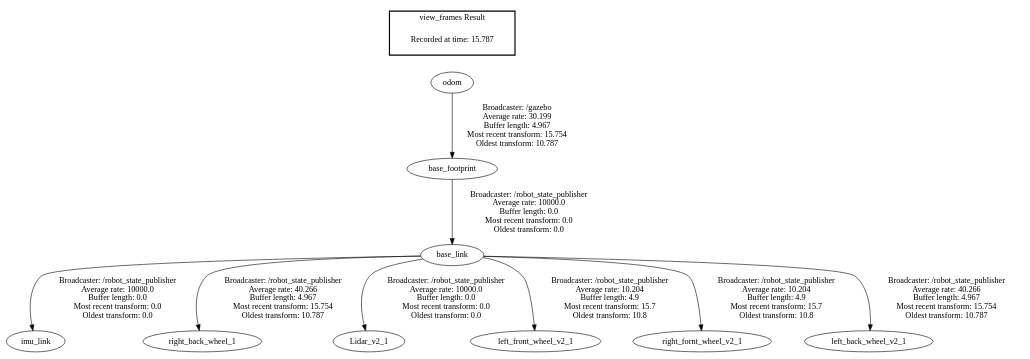
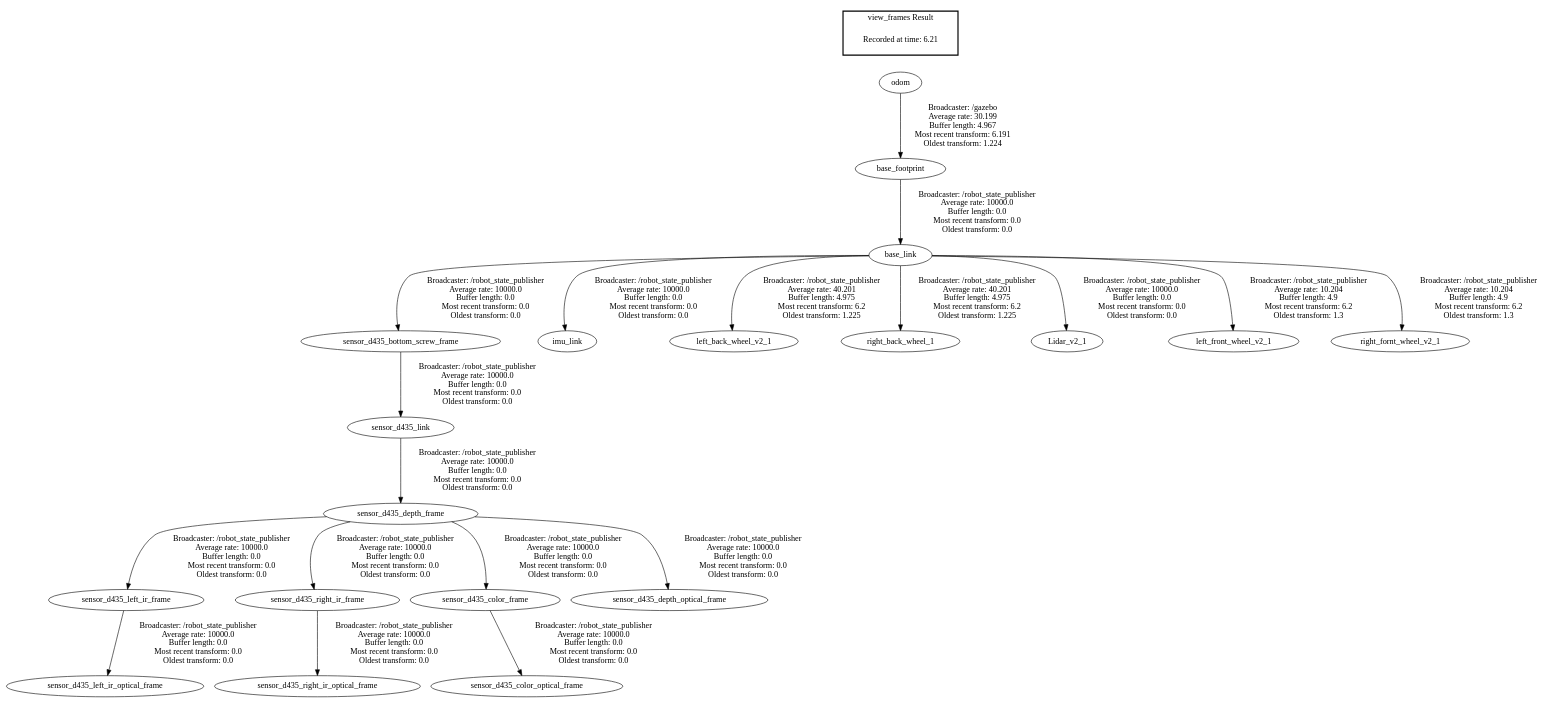
The diagram in non_ws/frames.gv (earthtennison/robocup-navigation), drawn with Graphviz before and after one commit. The commit also changed 18 other files, not shown here.

```diff
--- a/non_ws/frames.gv
+++ b/non_ws/frames.gv
@@ -1,14 +1,24 @@
 digraph G {
+"sensor_d435_bottom_screw_frame" -> "sensor_d435_link"[label=" Broadcaster: /robot_state_publisher\nAverage rate: 10000.0\nBuffer length: 0.0\nMost recent transform: 0.0\nOldest transform: 0.0\n"];
+"sensor_d435_left_ir_frame" -> "sensor_d435_left_ir_optical_frame"[label=" Broadcaster: /robot_state_publisher\nAverage rate: 10000.0\nBuffer length: 0.0\nMost recent transform: 0.0\nOldest transform: 0.0\n"];
+"sensor_d435_depth_frame" -> "sensor_d435_right_ir_frame"[label=" Broadcaster: /robot_state_publisher\nAverage rate: 10000.0\nBuffer length: 0.0\nMost recent transform: 0.0\nOldest transform: 0.0\n"];
 "base_link" -> "imu_link"[label=" Broadcaster: /robot_state_publisher\nAverage rate: 10000.0\nBuffer length: 0.0\nMost recent transform: 0.0\nOldest transform: 0.0\n"];
+"sensor_d435_color_frame" -> "sensor_d435_color_optical_frame"[label=" Broadcaster: /robot_state_publisher\nAverage rate: 10000.0\nBuffer length: 0.0\nMost recent transform: 0.0\nOldest transform: 0.0\n"];
+"sensor_d435_right_ir_frame" -> "sensor_d435_right_ir_optical_frame"[label=" Broadcaster: /robot_state_publisher\nAverage rate: 10000.0\nBuffer length: 0.0\nMost recent transform: 0.0\nOldest transform: 0.0\n"];
+"base_link" -> "sensor_d435_bottom_screw_frame"[label=" Broadcaster: /robot_state_publisher\nAverage rate: 10000.0\nBuffer length: 0.0\nMost recent transform: 0.0\nOldest transform: 0.0\n"];
+"base_link" -> "left_back_wheel_v2_1"[label=" Broadcaster: /robot_state_publisher\nAverage rate: 40.201\nBuffer length: 4.975\nMost recent transform: 6.2\nOldest transform: 1.225\n"];
+"sensor_d435_depth_frame" -> "sensor_d435_depth_optical_frame"[label=" Broadcaster: /robot_state_publisher\nAverage rate: 10000.0\nBuffer length: 0.0\nMost recent transform: 0.0\nOldest transform: 0.0\n"];
+"sensor_d435_depth_frame" -> "sensor_d435_color_frame"[label=" Broadcaster: /robot_state_publisher\nAverage rate: 10000.0\nBuffer length: 0.0\nMost recent transform: 0.0\nOldest transform: 0.0\n"];
+"sensor_d435_link" -> "sensor_d435_depth_frame"[label=" Broadcaster: /robot_state_publisher\nAverage rate: 10000.0\nBuffer length: 0.0\nMost recent transform: 0.0\nOldest transform: 0.0\n"];
 "base_footprint" -> "base_link"[label=" Broadcaster: /robot_state_publisher\nAverage rate: 10000.0\nBuffer length: 0.0\nMost recent transform: 0.0\nOldest transform: 0.0\n"];
-"base_link" -> "right_back_wheel_1"[label=" Broadcaster: /robot_state_publisher\nAverage rate: 40.266\nBuffer length: 4.967\nMost recent transform: 15.754\nOldest transform: 10.787\n"];
+"sensor_d435_depth_frame" -> "sensor_d435_left_ir_frame"[label=" Broadcaster: /robot_state_publisher\nAverage rate: 10000.0\nBuffer length: 0.0\nMost recent transform: 0.0\nOldest transform: 0.0\n"];
+"base_link" -> "right_back_wheel_1"[label=" Broadcaster: /robot_state_publisher\nAverage rate: 40.201\nBuffer length: 4.975\nMost recent transform: 6.2\nOldest transform: 1.225\n"];
 "base_link" -> "Lidar_v2_1"[label=" Broadcaster: /robot_state_publisher\nAverage rate: 10000.0\nBuffer length: 0.0\nMost recent transform: 0.0\nOldest transform: 0.0\n"];
-"base_link" -> "left_front_wheel_v2_1"[label=" Broadcaster: /robot_state_publisher\nAverage rate: 10.204\nBuffer length: 4.9\nMost recent transform: 15.7\nOldest transform: 10.8\n"];
-"base_link" -> "right_fornt_wheel_v2_1"[label=" Broadcaster: /robot_state_publisher\nAverage rate: 10.204\nBuffer length: 4.9\nMost recent transform: 15.7\nOldest transform: 10.8\n"];
-"odom" -> "base_footprint"[label=" Broadcaster: /gazebo\nAverage rate: 30.199\nBuffer length: 4.967\nMost recent transform: 15.754\nOldest transform: 10.787\n"];
-"base_link" -> "left_back_wheel_v2_1"[label=" Broadcaster: /robot_state_publisher\nAverage rate: 40.266\nBuffer length: 4.967\nMost recent transform: 15.754\nOldest transform: 10.787\n"];
+"base_link" -> "left_front_wheel_v2_1"[label=" Broadcaster: /robot_state_publisher\nAverage rate: 10.204\nBuffer length: 4.9\nMost recent transform: 6.2\nOldest transform: 1.3\n"];
+"base_link" -> "right_fornt_wheel_v2_1"[label=" Broadcaster: /robot_state_publisher\nAverage rate: 10.204\nBuffer length: 4.9\nMost recent transform: 6.2\nOldest transform: 1.3\n"];
+"odom" -> "base_footprint"[label=" Broadcaster: /gazebo\nAverage rate: 30.199\nBuffer length: 4.967\nMost recent transform: 6.191\nOldest transform: 1.224\n"];
 edge [style=invis];
  subgraph cluster_legend { style=bold; color=black; label ="view_frames Result";
-"Recorded at time: 15.787"[ shape=plaintext ] ;
+"Recorded at time: 6.21"[ shape=plaintext ] ;
 }->"odom";
 }
```
